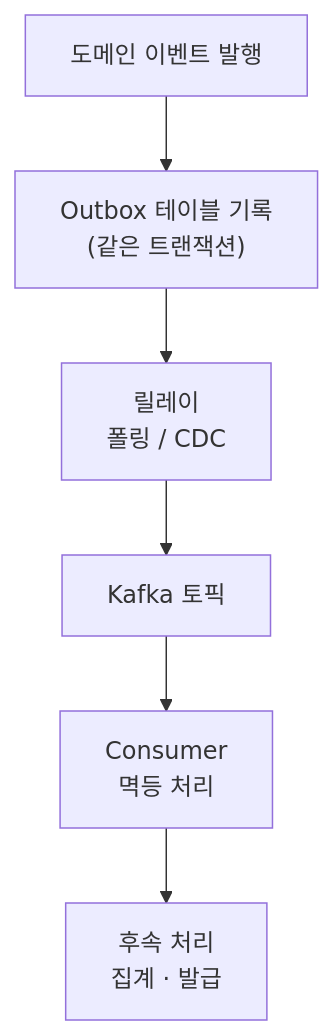
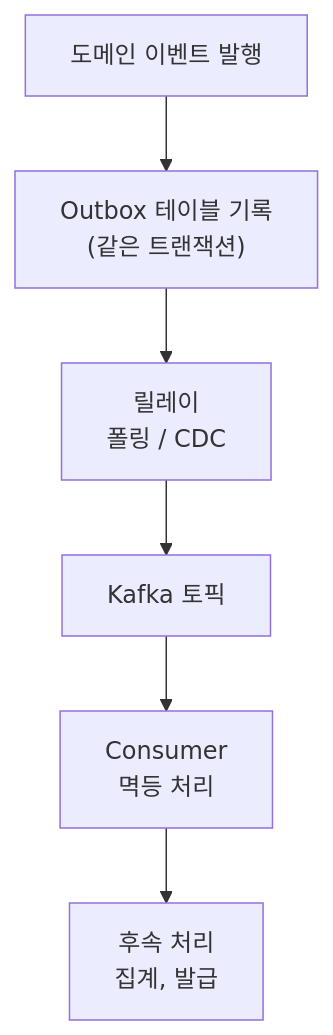
The diagram in src/data/content/msg-event-kafka.md (Hwasowl/every-dev), drawn with Mermaid before and after one commit. The commit also changed other lines of this file and 16 other files, not shown here.

````diff
--- a/src/data/content/msg-event-kafka.md
+++ b/src/data/content/msg-event-kafka.md
@@ -65,8 +65,8 @@
 ```mermaid
 flowchart TD
     A["도메인 이벤트 발행"] --> B["Outbox 테이블 기록<br/>(같은 트랜잭션)"]
     B --> C["릴레이<br/>폴링 / CDC"]
     C --> D["Kafka 토픽"]
     D --> E["Consumer<br/>멱등 처리"]
-    E --> F["후속 처리<br/>집계 · 발급"]
+    E --> F["후속 처리<br/>집계, 발급"]
 ```
````
